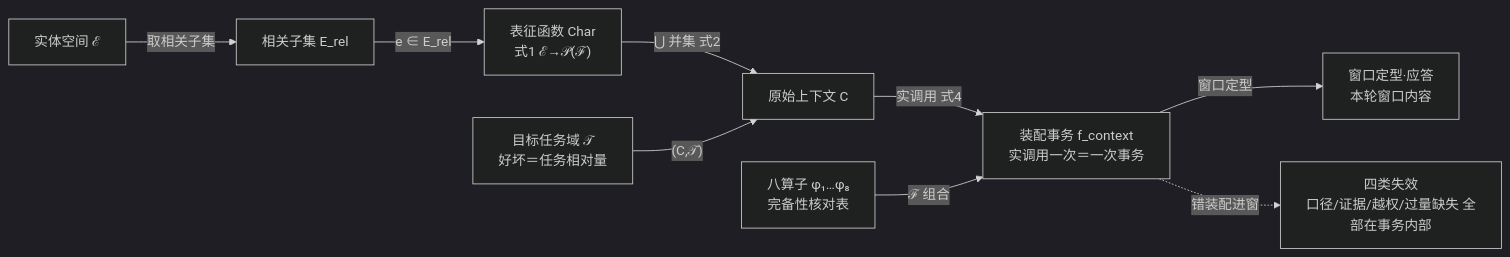
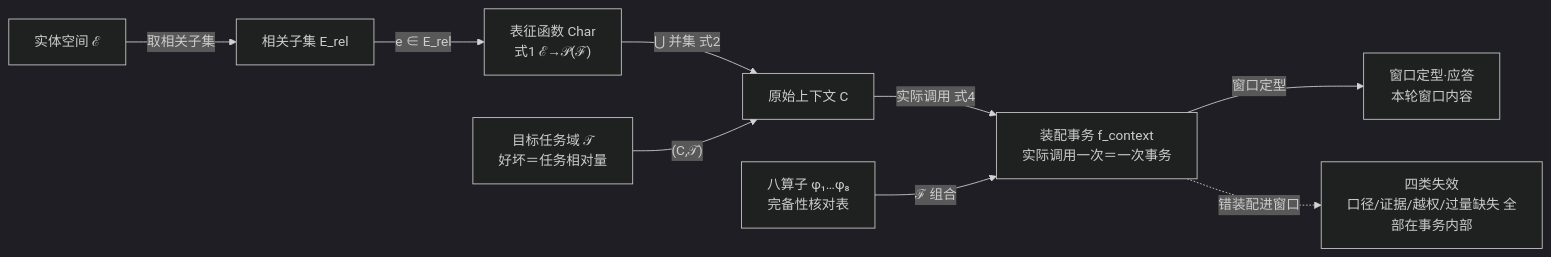
Before and after one commit to ThreeFish-AI/negentropy: the diagram in docs/assets/mermaid/cognitive-context/context-layer-blueprint--first-class-object.mmd, drawn with Mermaid (dark theme). The commit also changed 69 other files, not shown here.

First line of the commit message:
docs(cognitive-context): 013 八张配图随字重渲（candidate 改字，finalize 四门全过，双主题 PNG 重采）;

```diff
--- a/docs/assets/mermaid/cognitive-context/context-layer-blueprint--first-class-object.mmd
+++ b/docs/assets/mermaid/cognitive-context/context-layer-blueprint--first-class-object.mmd
@@ -1,14 +1,14 @@
 %%source: docs/research/cognitive-context/013-context-layer-blueprint.md §2 问题定义与分析单元（式2 并集、式3/4 装配事务；四类失效四个根因：数据侧三承 011、模型侧一为本篇补充）
 %%slug: cognitive-context/context-layer-blueprint--first-class-object
 %%type: dataflow
 %%derived: archify dataflow v1, authored fresh（新图：ℰ→E_rel→Char→C→(C,𝒯)→f_context 装配事务主链；四类失效挂事务内部、八算子作加工位）
 %% fix: 2026-10-10 式3→式4 口径对齐正文 §2.4
 flowchart LR
     ESPACE["实体空间 ℰ"] -->|"取相关子集"| EREL["相关子集 E_rel"]
     EREL -->|"e ∈ E_rel"| CHAR["表征函数 Char<br/>式1 ℰ→𝒫(ℱ)"]
     CHAR -->|"⋃ 并集 式2"| C["原始上下文 C"]
     TASK["目标任务域 𝒯<br/>好坏＝任务相对量"] -->|"(C,𝒯)"| C
-    C -->|"实调用 式4"| TXN["装配事务 f_context<br/>实调用一次＝一次事务"]
+    C -->|"实际调用 式4"| TXN["装配事务 f_context<br/>实际调用一次＝一次事务"]
     OPS["八算子 φ₁…φ₈<br/>完备性核对表"] -->|"ℱ 组合"| TXN
     TXN -->|"窗口定型"| ANSWER["窗口定型·应答<br/>本轮窗口内容"]
-    TXN -.->|"错装配进窗"| SYM["四类失效<br/>口径/证据/越权/过量缺失 全部在事务内部"]
+    TXN -.->|"错装配进窗口"| SYM["四类失效<br/>口径/证据/越权/过量缺失 全部在事务内部"]
```
